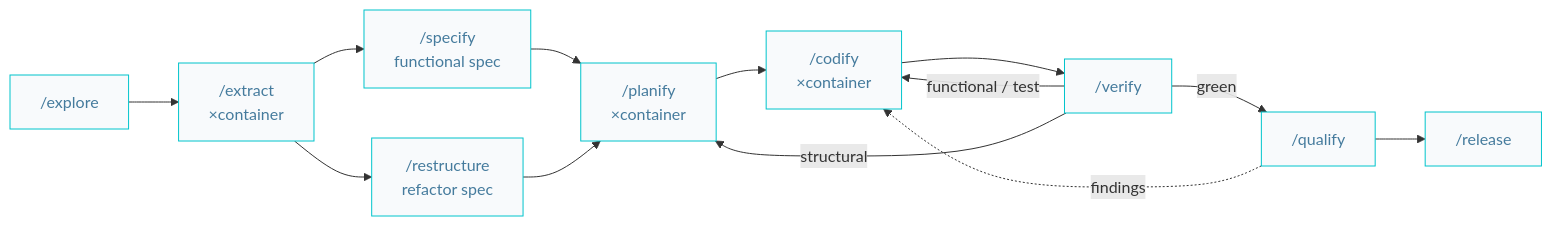
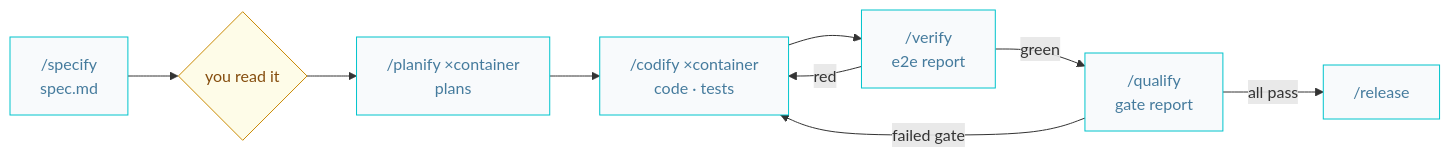
The third of 4 diagrams in docs/AIDD.workflow.md (AIDDbot/AIDDbot), drawn with Mermaid before and after one commit. The commit also changed other lines of this file and 2 other files, not shown here.

````diff
--- a/docs/AIDD.workflow.md
+++ b/docs/AIDD.workflow.md
@@ -42,18 +74,14 @@
 ```mermaid
 flowchart LR
   classDef nd fill:#f8fafc,stroke:#00c4cc,color:#457b9d
+  classDef q fill:#fefce8,stroke:#ca8a04,color:#854d0e
 
-  EXP["/explore"]:::nd --> EXT["/extract<br/>×container"]:::nd
-  EXT --> SPC["/specify<br/>functional spec"]:::nd
-  EXT --> REF["/restructure<br/>refactor spec"]:::nd
-  SPC --> PLN["/planify<br/>×container"]:::nd
-  REF --> PLN
-  PLN --> COD["/codify<br/>×container"]:::nd
-  COD --> VER["/verify"]:::nd
-  VER -->|green| QLF["/qualify"]:::nd
-  QLF --> REL["/release"]:::nd
-
-  VER -->|functional / test| COD
-  VER -->|structural| PLN
-  QLF -.findings.-> COD
+  SPEC["/specify<br/>spec.md"]:::nd --> CHK{"you read it"}:::q
+  CHK --> PLAN["/planify ×container<br/>plans"]:::nd
+  PLAN --> CODE["/codify ×container<br/>code · tests"]:::nd
+  CODE --> VER["/verify<br/>e2e report"]:::nd
+  VER -->|red| CODE
+  VER -->|green| QLF["/qualify<br/>gate report"]:::nd
+  QLF -->|failed gate| CODE
+  QLF -->|all pass| REL["/release"]:::nd
 ```
````
